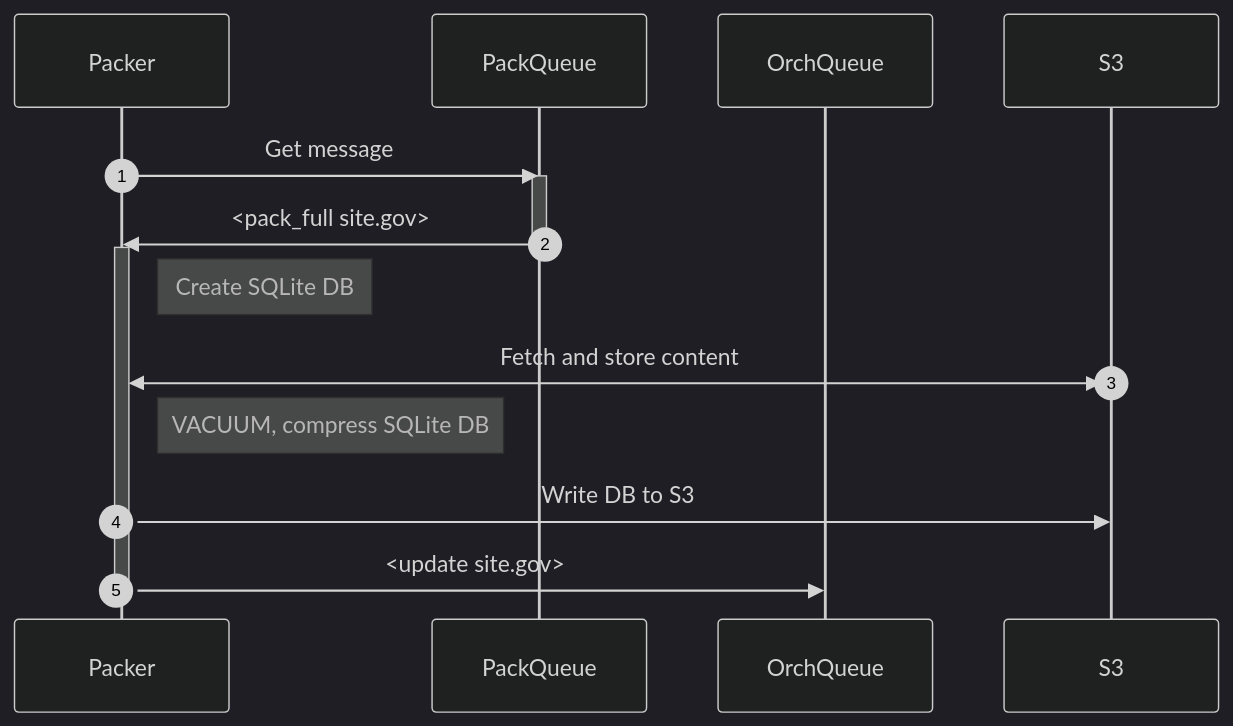
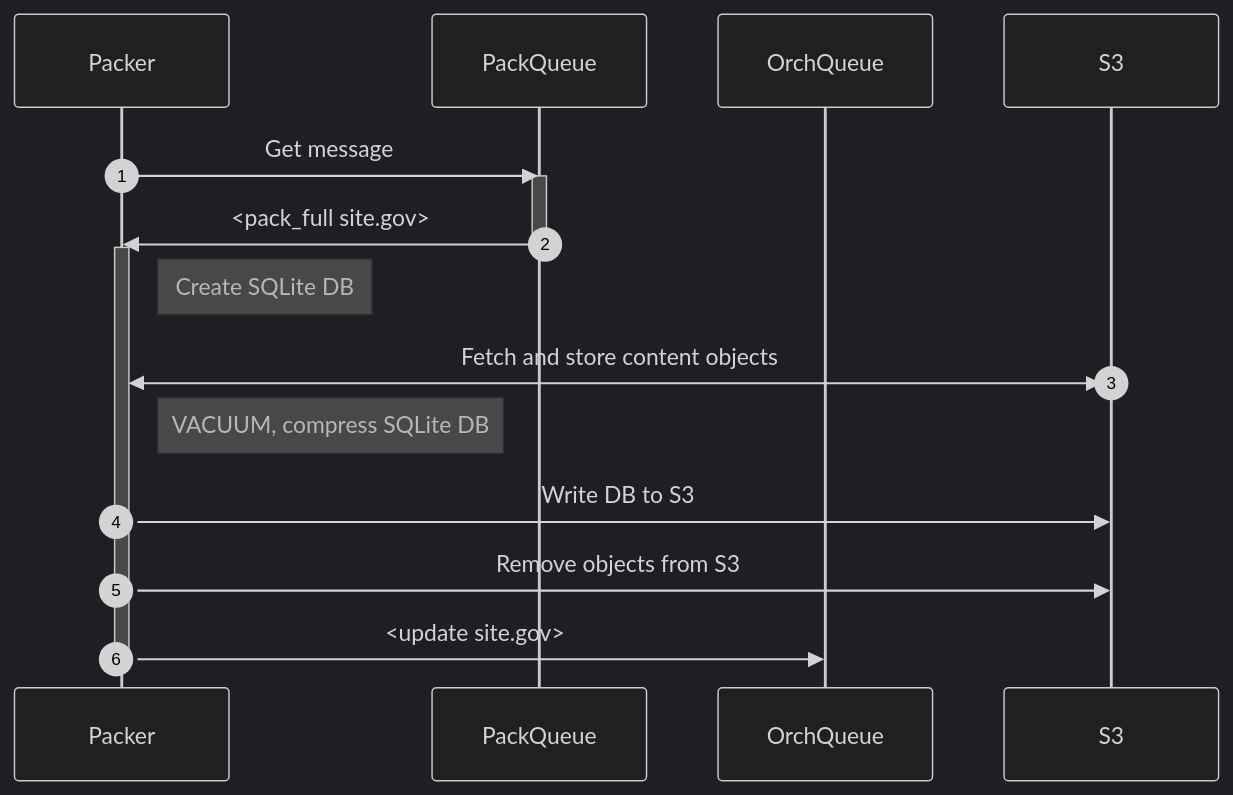
The ninth of 12 diagrams in pkg/types/REAME.md (jadudm/six), drawn with Mermaid (dark theme) before and after one commit. The commit also changed other lines of this file and 23 other files, not shown here.

````diff
--- a/pkg/types/REAME.md
+++ b/pkg/types/REAME.md
@@ -204,18 +206,19 @@
 ```mermaid
 sequenceDiagram
     autonumber
     participant P as Packer
     participant PQ as PackQueue
     participant OQ as OrchQueue
     P->>PQ: Get message
     activate PQ
     PQ->>P: <pack_full site.gov>
     deactivate PQ
     activate P
     Note right of P: Create SQLite DB
-    S3<<->>P: Fetch and store content
+    S3<<->>P: Fetch and store content objects
     Note right of P: VACUUM, compress SQLite DB
     P->>S3: Write DB to S3
+    P->>S3: Remove objects from S3
     P->>OQ: <update site.gov>
     deactivate P
 ```
````
